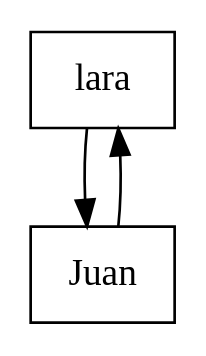
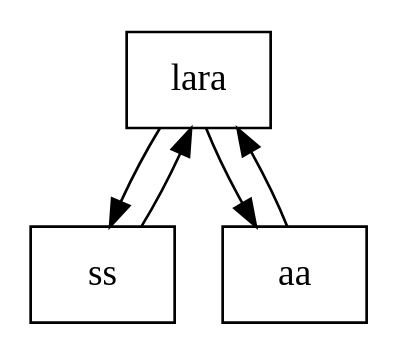
The diagram in output/matriz_amistades.dot (matiuuh/-EDD-Proyecto1_202203009), drawn with Graphviz before and after one commit. The commit also changed 9 other files, not shown here.

```diff
--- a/output/matriz_amistades.dot
+++ b/output/matriz_amistades.dot
@@ -1,5 +1,7 @@
 digraph G {
     node [shape=record];
-    "lara" -> "Juan";
-    "Juan" -> "lara";
+    "lara" -> "ss";
+    "ss" -> "lara";
+    "lara" -> "aa";
+    "aa" -> "lara";
 }
```
